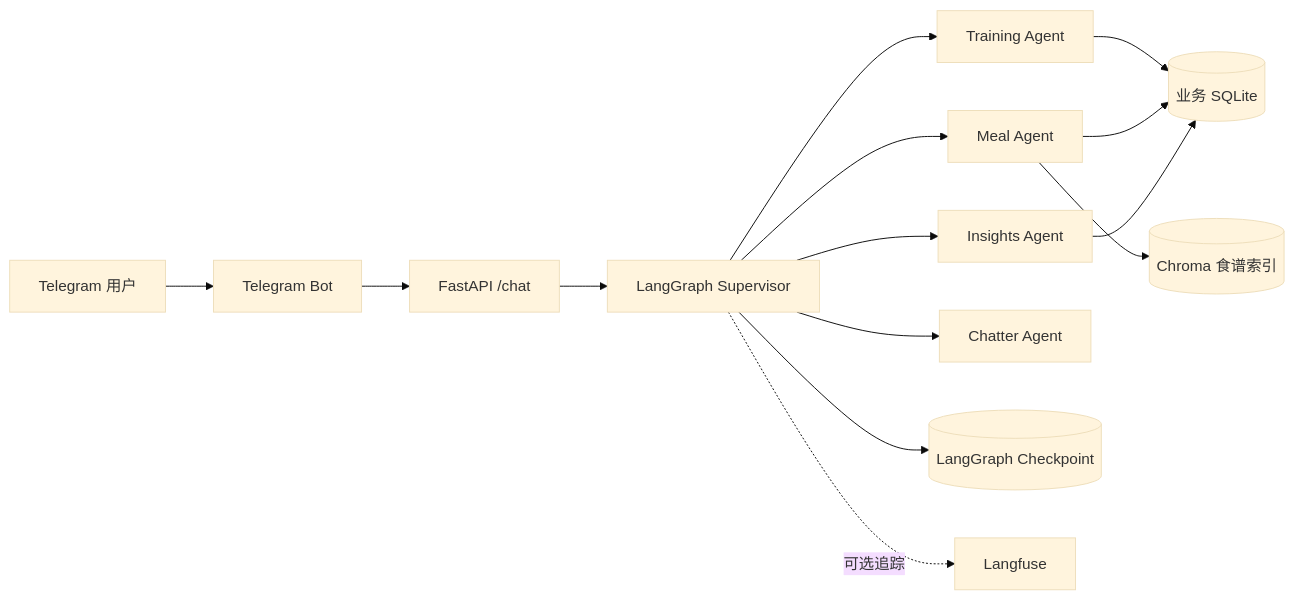
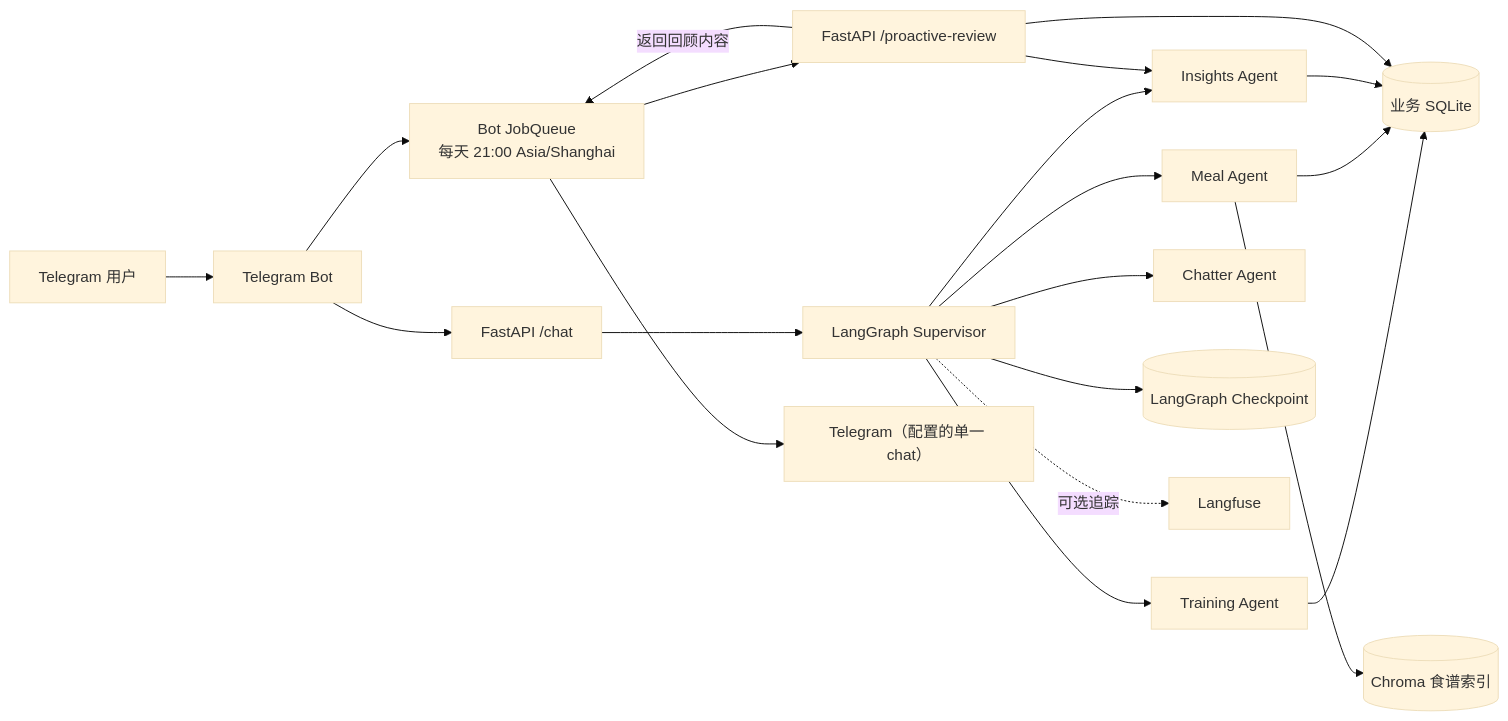
Before and after one commit to jhou1/ChatFit: the diagram in README.md, drawn with Mermaid (base theme). The commit also changed other lines of this file and 4 other files, not shown here.

Commit message:
docs: explain proactive review scheduling

````diff
--- a/README.md
+++ b/README.md
@@ -26,16 +26,22 @@
 ```mermaid
 flowchart LR
     U["Telegram 用户"] --> B["Telegram Bot"]
     B --> API["FastAPI /chat"]
     API --> G["LangGraph Supervisor"]
     G --> T["Training Agent"]
     G --> M["Meal Agent"]
     G --> I["Insights Agent"]
     G --> C["Chatter Agent"]
     T --> DB[("业务 SQLite")]
     M --> DB
     I --> DB
     M --> VS[("Chroma 食谱索引")]
     G --> CP[("LangGraph Checkpoint")]
     G -. 可选追踪 .-> LF["Langfuse"]
+    J["Bot JobQueue<br/>每天 21:00 Asia/Shanghai"] --> P["FastAPI /proactive-review"]
+    P --> DB
+    P --> I
+    P -->|返回回顾内容| J
+    J --> TG["Telegram（配置的单一 chat）"]
+    B --> J
 ```
````
